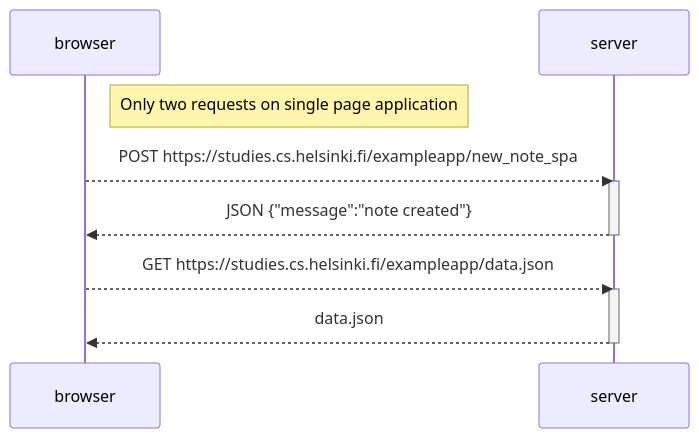
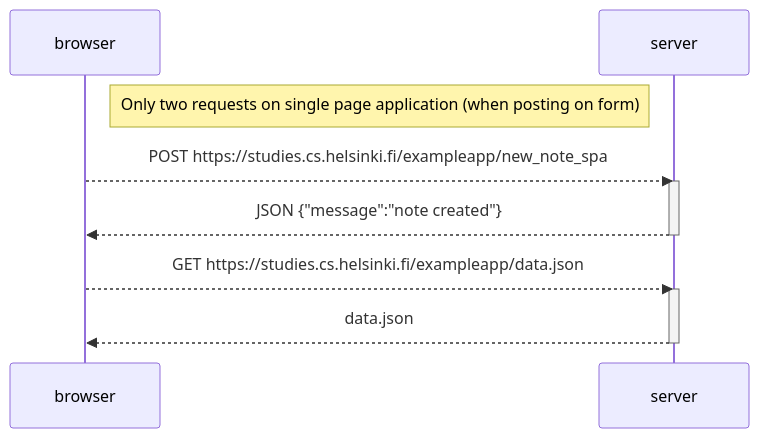
Before and after one commit to Runski1/fullstack_open: the diagram in part0/diagram3.md, drawn with Mermaid.

````diff
--- a/part0/diagram3.md
+++ b/part0/diagram3.md
@@ -1,16 +1,16 @@
 ```mermaid
 sequenceDiagram
     participant browser
     participant server
 
-    Note right of browser: Only two requests on single page application
+    Note right of browser: Only two requests on single page application (when posting on form)
     browser-->>server: POST https://studies.cs.helsinki.fi/exampleapp/new_note_spa
     activate server
     server-->>browser: JSON {"message":"note created"}
     deactivate server
 
     browser-->>server: GET https://studies.cs.helsinki.fi/exampleapp/data.json
     activate server
     server-->>browser: data.json
     deactivate server
 ```
````
